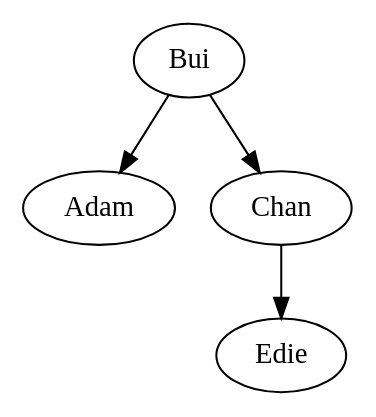
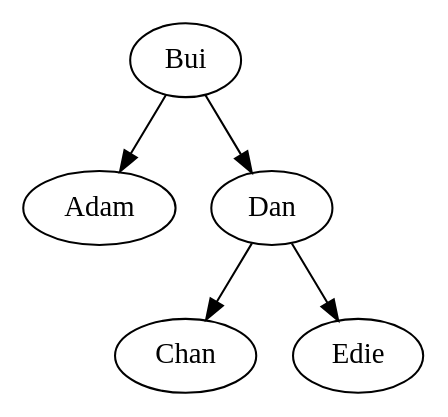
The diagram in CS010C/Lab 7/avltree.dot (skyguy-netizen/UCR), drawn with Graphviz before and after one commit. The commit also changed 3 other files, not shown here.

```diff
--- a/CS010C/Lab 7/avltree.dot
+++ b/CS010C/Lab 7/avltree.dot
@@ -1,5 +1,6 @@
 digraph G {
 Bui -> Adam;
-Chan -> Edie;
-Bui -> Chan;
+Dan -> Chan;
+Dan -> Edie;
+Bui -> Dan;
 }
```
